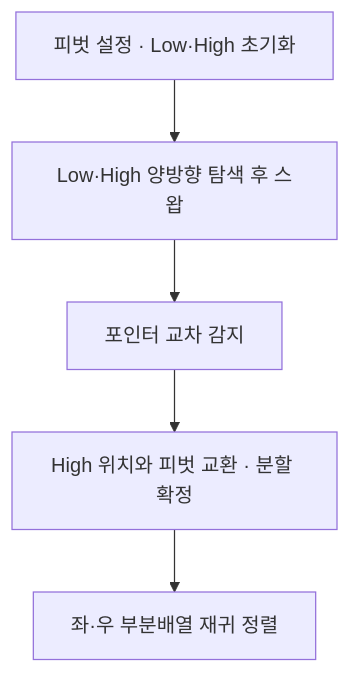
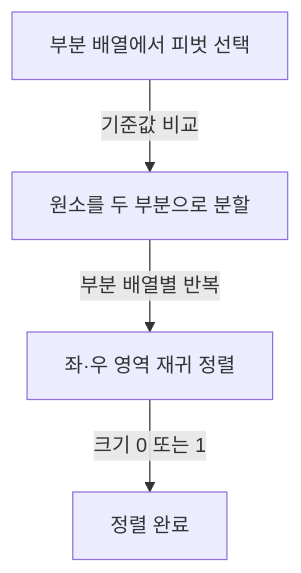
One commit to agnusdei1207/study changed the first of 2 diagrams in src/content/docs/notes/itpe/02-software-engineering/059_quick_sort.md. Above: the diagram before and after it, drawn with Mermaid. The commit also changed other lines of this file and 31 other files, not shown here.

Commit message:
docs(itpe): correct software engineering architecture and test notes

````diff
--- a/src/content/docs/notes/itpe/02-software-engineering/059_quick_sort.md
+++ b/src/content/docs/notes/itpe/02-software-engineering/059_quick_sort.md
@@ -51,7 +56,6 @@
 ```mermaid
-flowchart TB
-    A["피벗 설정 · Low·High 초기화"] --> B["Low·High 양방향 탐색 후 스왑"]
-    B --> C["포인터 교차 감지"]
-    C --> D["High 위치와 피벗 교환 · 분할 확정"]
-    D --> E["좌·우 부분배열 재귀 정렬"]
+flowchart TD
+    A["부분 배열에서 피벗 선택"] -->|"기준값 비교"| B["원소를 두 부분으로 분할"]
+    B -->|"부분 배열별 반복"| C["좌·우 영역 재귀 정렬"]
+    C -->|"크기 0 또는 1"| D["정렬 완료"]
 ```
````
